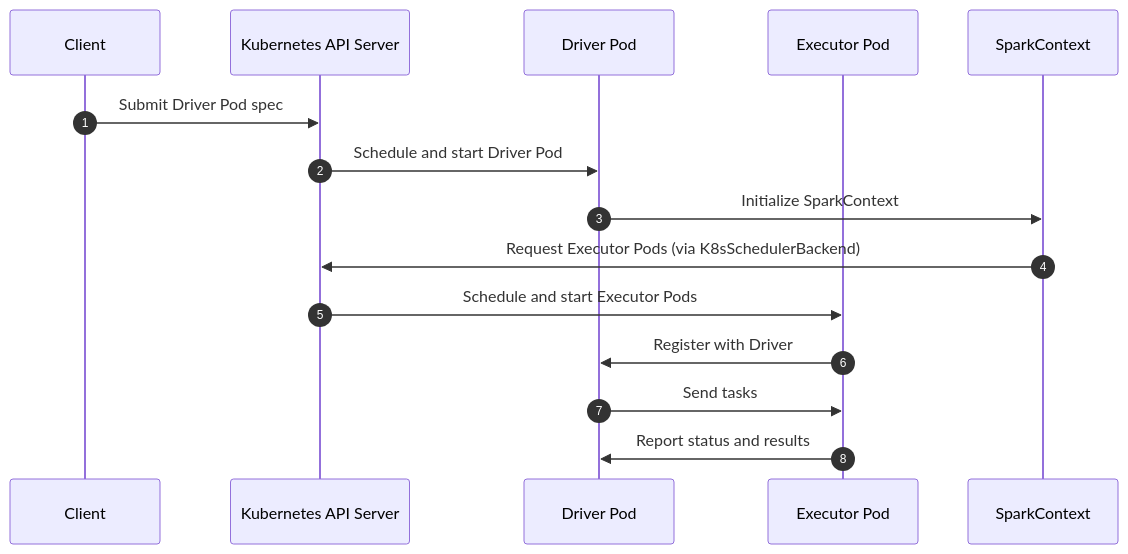
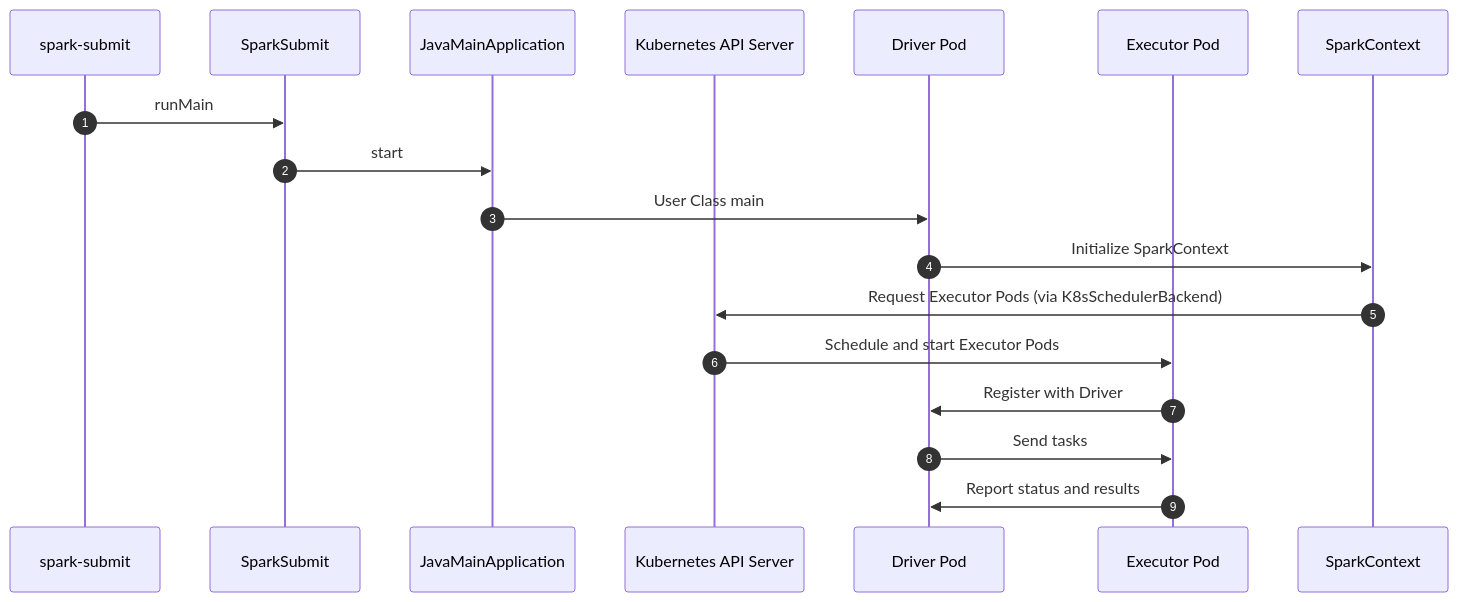
Before and after one commit to juntaozhang/juntaozhang.github.io: the fourth of 5 diagrams in spark/spark3.3.1/driver.md, drawn with Mermaid. The commit also changed other lines of this file and 5 other files, not shown here.

````diff
--- a/spark/spark3.3.1/driver.md
+++ b/spark/spark3.3.1/driver.md
@@ -103,18 +111,21 @@
 ```mermaid
 sequenceDiagram
     autonumber
-    participant Client as Client
+    participant spark_submit_sh as spark-submit
+    participant SparkSubmit as SparkSubmit
+    participant JavaMainApplication as JavaMainApplication
     participant K8sAPI as Kubernetes API Server
     participant DriverPod as Driver Pod
     participant ExecutorPod as Executor Pod
     participant SparkContext as SparkContext
 
-    Client->>K8sAPI: Submit Driver Pod spec
-    K8sAPI->>DriverPod: Schedule and start Driver Pod
+    spark_submit_sh->>SparkSubmit: runMain
+    SparkSubmit->>JavaMainApplication:start
+    JavaMainApplication->>DriverPod: User Class main
     DriverPod->>SparkContext: Initialize SparkContext
     SparkContext->>K8sAPI: Request Executor Pods (via K8sSchedulerBackend)
     K8sAPI->>ExecutorPod: Schedule and start Executor Pods
     ExecutorPod->>DriverPod: Register with Driver
     DriverPod->>ExecutorPod: Send tasks
     ExecutorPod->>DriverPod: Report status and results
 ```
````
